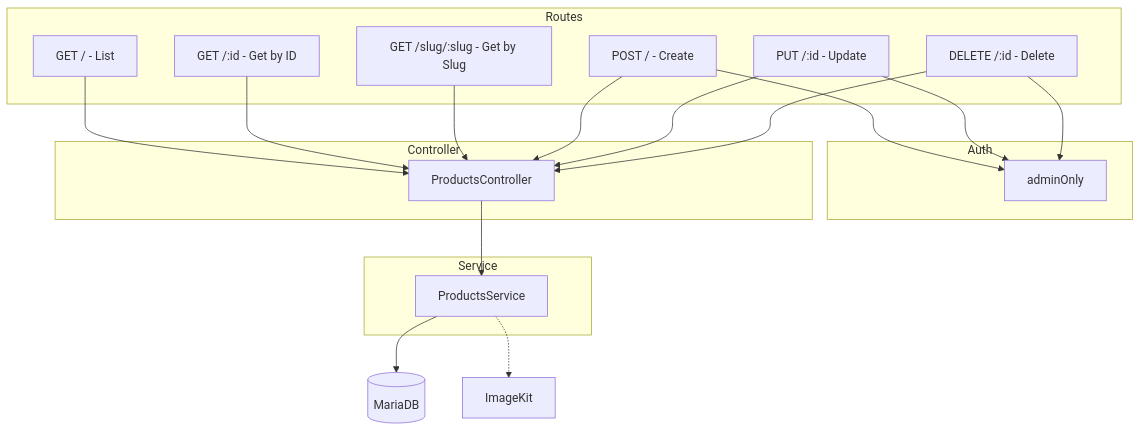
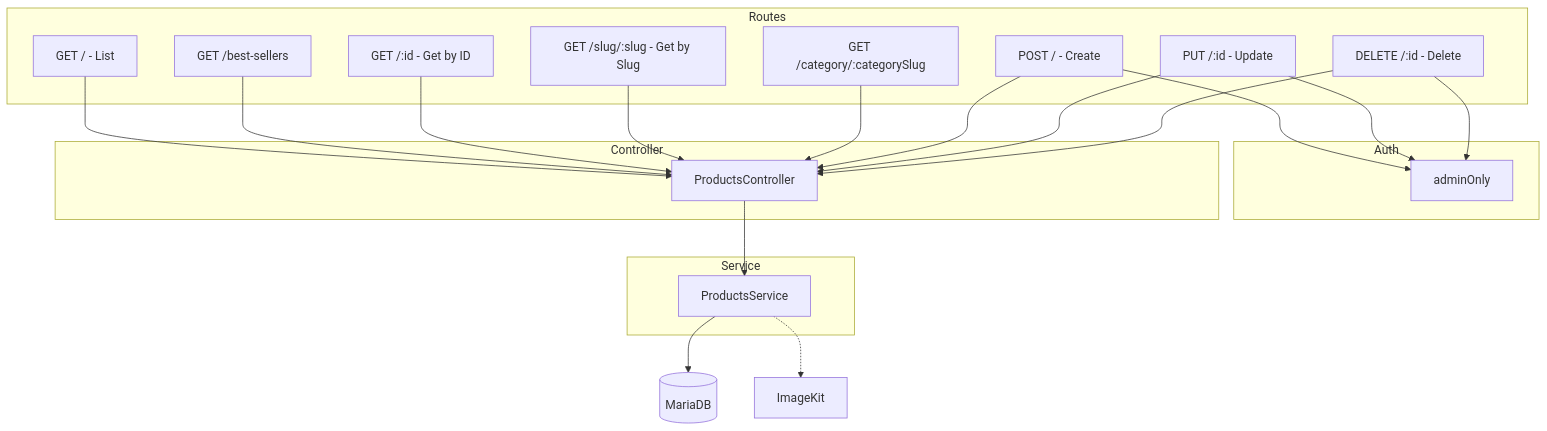
One commit to skripsi-me/backend changed the fourth of 6 diagrams in docs/ARCHITECTURE.md. Above: the diagram before and after it, drawn with Mermaid. The commit also changed other lines of this file and 8 other files, not shown here.

````diff
--- a/docs/ARCHITECTURE.md
+++ b/docs/ARCHITECTURE.md
@@ -143,33 +143,35 @@
 ```mermaid
 graph TB
     subgraph Routes
         R1[GET / - List]
-        R2[GET /:id - Get by ID]
-        R3[GET /slug/:slug - Get by Slug]
-        R4[POST / - Create]
-        R5[PUT /:id - Update]
-        R6[DELETE /:id - Delete]
+        R2[GET /best-sellers]
+        R3[GET /:id - Get by ID]
+        R4[GET /slug/:slug - Get by Slug]
+        R5[GET /category/:categorySlug]
+        R6[POST / - Create]
+        R7[PUT /:id - Update]
+        R8[DELETE /:id - Delete]
     end
     
     subgraph Auth
         Admin[adminOnly]
     end
     
-    R4 --> Admin
-    R5 --> Admin
     R6 --> Admin
+    R7 --> Admin
+    R8 --> Admin
     
     subgraph Controller
         C[ProductsController]
     end
     
     subgraph Service
         S[ProductsService]
     end
     
-    R1 & R2 & R3 --> C
-    R4 & R5 & R6 --> C
+    R1 & R2 & R3 & R4 & R5 --> C
+    R6 & R7 & R8 --> C
     C --> S
     S --> DB[(MariaDB)]
     S -.-> IK[ImageKit]
 ```
````
